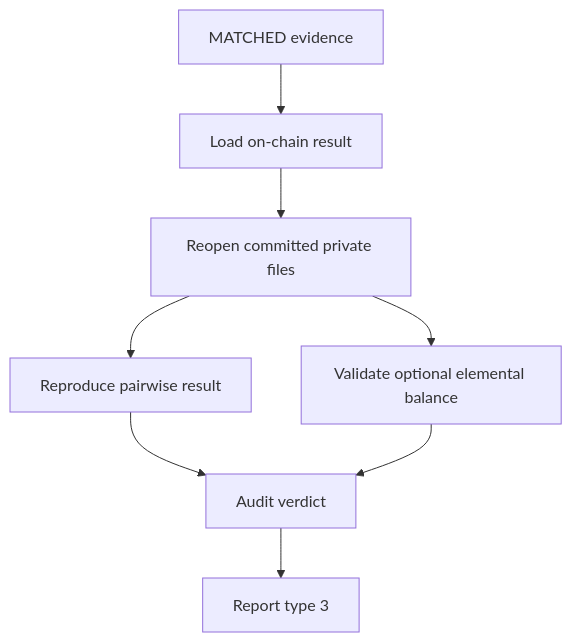
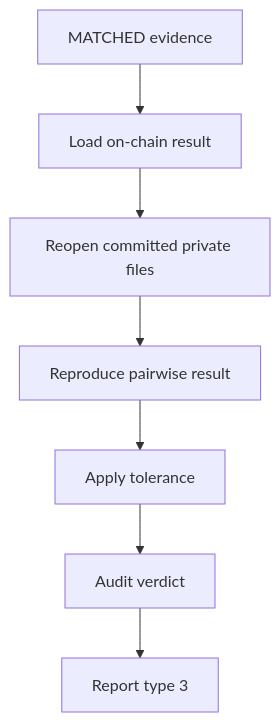
The first of 2 diagrams in auditor-workflow/README.md (armanfm/ExplorerChem), drawn with Mermaid before and after one commit. The commit also changed other lines of this file, not shown here.

````diff
--- a/auditor-workflow/README.md
+++ b/auditor-workflow/README.md
@@ -21,10 +27,9 @@
 ```mermaid
 flowchart TD
     A["MATCHED evidence"] --> B["Load on-chain result"]
     B --> C["Reopen committed private files"]
     C --> D["Reproduce pairwise result"]
-    C --> E["Validate optional elemental balance"]
-    D --> F["Audit verdict"]
-    E --> F
+    D --> E["Apply tolerance"]
+    E --> F["Audit verdict"]
     F --> G["Report type 3"]
 ```
````
